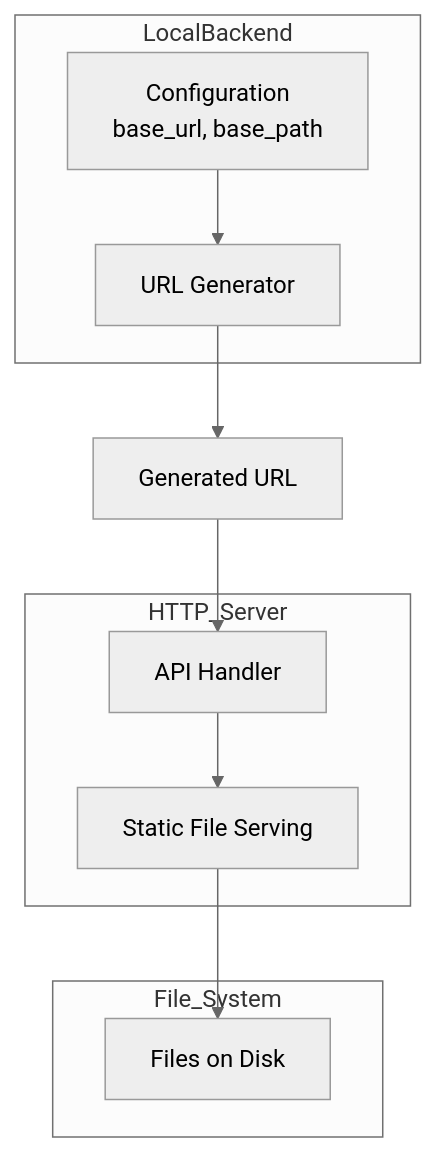
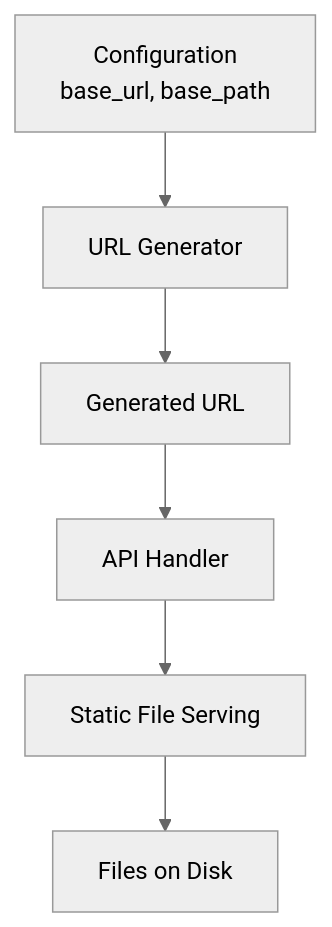
The first of 7 diagrams in crates/storage/docs/local.md (Lighty-Launcher/LightyUpdater), drawn with Mermaid (neutral theme) before and after one commit. The commit also changed other lines of this file and 33 other files, not shown here.

Commit message:
improve docs with mermaid implémentation for gitbook

````diff
--- a/crates/storage/docs/local.md
+++ b/crates/storage/docs/local.md
@@ -9,22 +9,8 @@
 ```mermaid
-graph TB
-    subgraph LocalBackend
-        Config[Configuration<br/>base_url, base_path]
-        URLGen[URL Generator]
-    end
-
-    subgraph File_System
-        Disk[Files on Disk]
-    end
-
-    subgraph HTTP_Server
-        API[API Handler]
-        Static[Static File Serving]
-    end
-
-    Config --> URLGen
+flowchart TB
+    Config[Configuration<br/>base_url, base_path] --> URLGen[URL Generator]
     URLGen --> URL[Generated URL]
-    URL --> API
-    API --> Static
-    Static --> Disk
+    URL --> API[API Handler]
+    API --> Static[Static File Serving]
+    Static --> Disk[Files on Disk]
 ```
````
